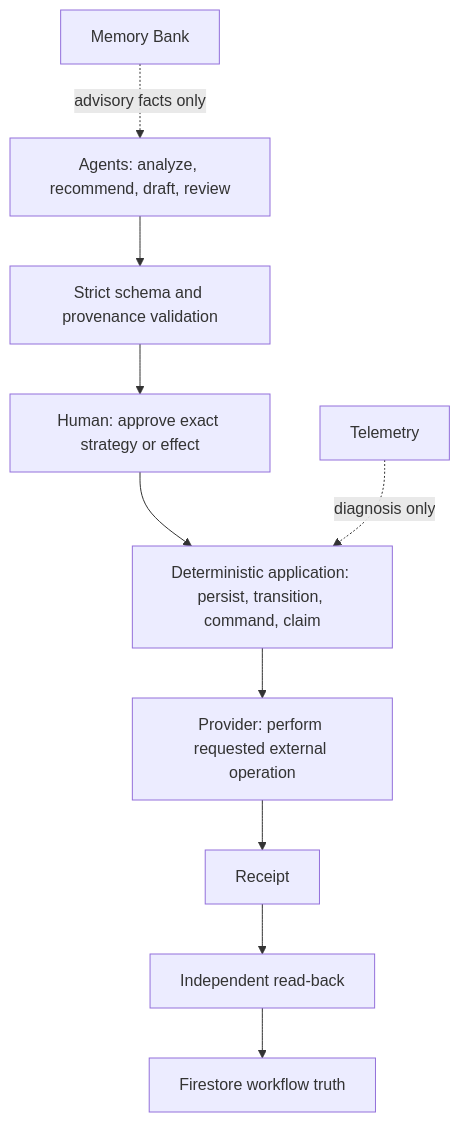
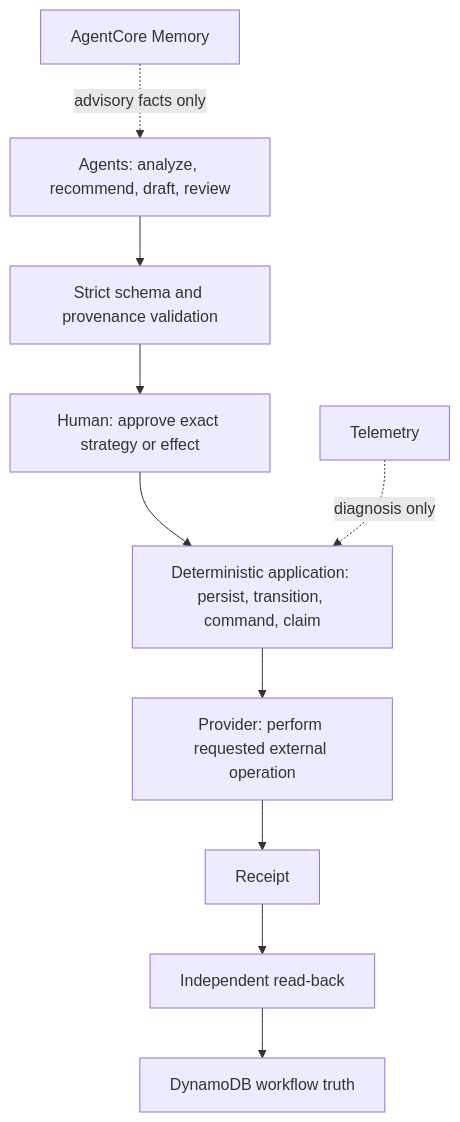
The diagram in docs/diagrams/authority-boundaries.mdx (danielAsaboro/harmonia-agents-for-humans), drawn with Mermaid before and after one commit. The commit also changed 616 other files, not shown here.

````diff
--- a/docs/diagrams/authority-boundaries.mdx
+++ b/docs/diagrams/authority-boundaries.mdx
@@ -6,12 +6,12 @@
 ```mermaid
 flowchart TB
   A[Agents: analyze, recommend, draft, review] --> V[Strict schema and provenance validation]
   V --> H[Human: approve exact strategy or effect]
   H --> D[Deterministic application: persist, transition, command, claim]
   D --> E[Provider: perform requested external operation]
   E --> R[Receipt]
   R --> I[Independent read-back]
-  I --> F[Firestore workflow truth]
-  M[Memory Bank] -. advisory facts only .-> A
+  I --> F[DynamoDB workflow truth]
+  M[AgentCore Memory] -. advisory facts only .-> A
   O[Telemetry] -. diagnosis only .-> D
 ```
````
